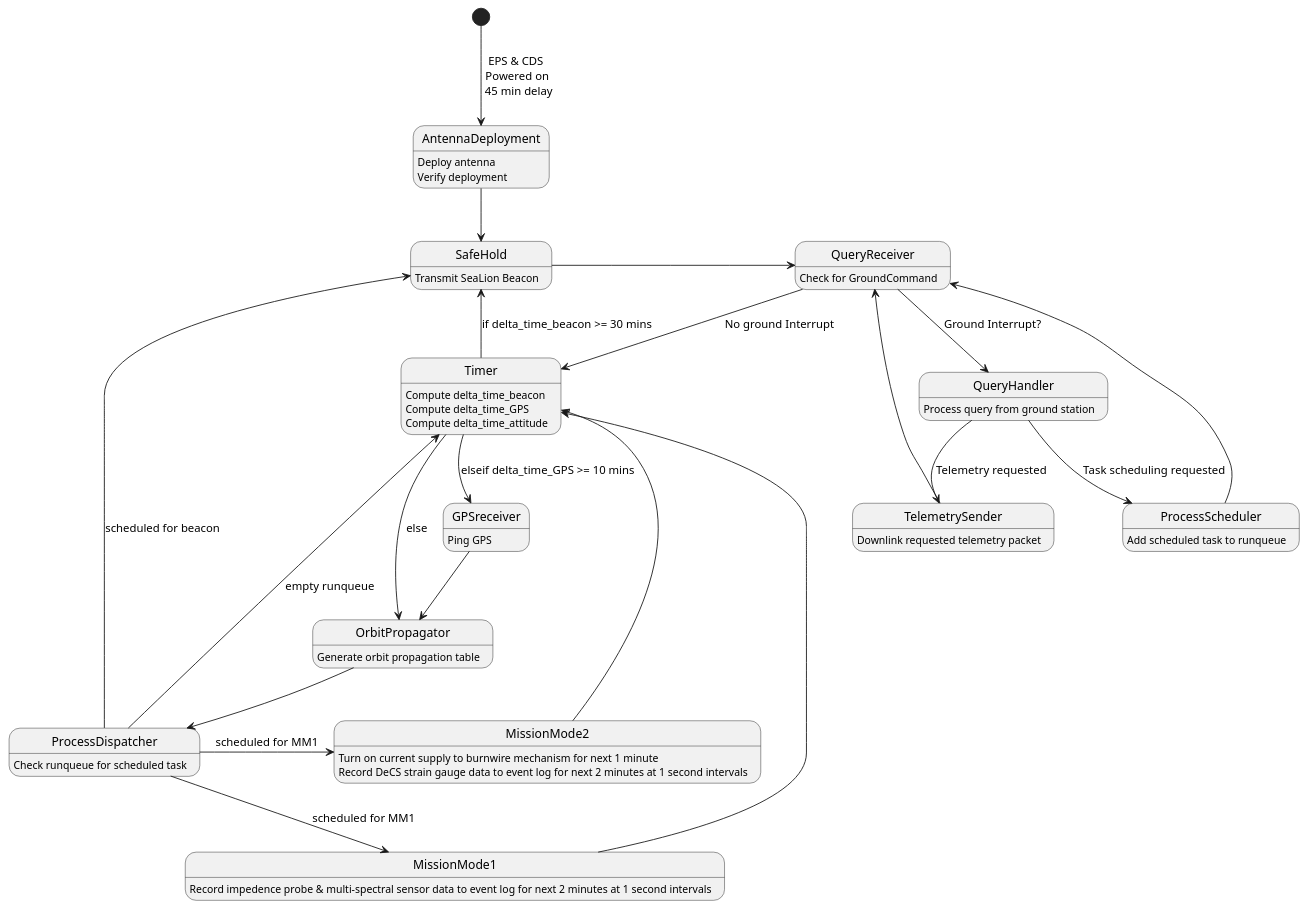
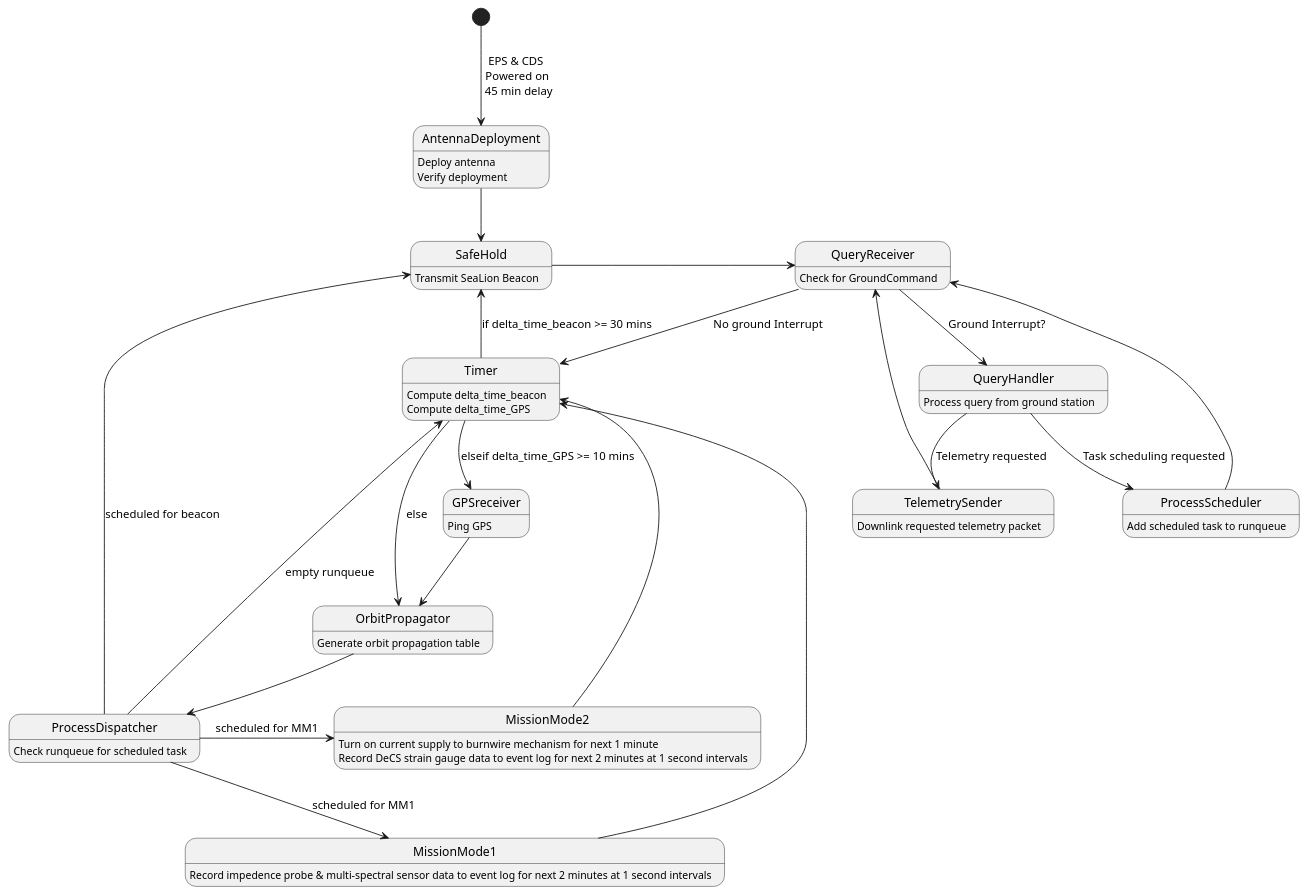
Before and after one commit to ODU-CGA-CubeSat/FSW: the diagram in fsw-architecture/operating-mode-as-fsm.puml, drawn with PlantUML.

Commit message:
remove delta_time_attitude from Timer

```diff
--- a/fsw-architecture/operating-mode-as-fsm.puml
+++ b/fsw-architecture/operating-mode-as-fsm.puml
@@ -1,52 +1,51 @@
 @startuml
 
 state AntennaDeployment
       AntennaDeployment : Deploy antenna
       AntennaDeployment : Verify deployment
 state SafeHold
       SafeHold : Transmit SeaLion Beacon
 state QueryReceiver
       QueryReceiver : Check for GroundCommand
 state TelemetrySender
       TelemetrySender : Downlink requested telemetry packet
 state Timer
       Timer : Compute delta_time_beacon
       Timer : Compute delta_time_GPS
-      Timer : Compute delta_time_attitude
 state MissionMode1
       MissionMode1 : Record impedence probe & multi-spectral sensor data to event log for next 2 minutes at 1 second intervals
 state MissionMode2
       MissionMode2 : Turn on current supply to burnwire mechanism for next 1 minute
       MissionMode2 : Record DeCS strain gauge data to event log for next 2 minutes at 1 second intervals
 state ProcessDispatcher
       ProcessDispatcher : Check runqueue for scheduled task
 state OrbitPropagator
       OrbitPropagator : Generate orbit propagation table
 state GPSreceiver
       GPSreceiver : Ping GPS
 state QueryHandler
       QueryHandler : Process query from ground station
 state ProcessScheduler
       ProcessScheduler : Add scheduled task to runqueue
 
 [*] --> AntennaDeployment : EPS & CDS \n Powered on \n 45 min delay
 AntennaDeployment --> SafeHold
 SafeHold -> QueryReceiver
 QueryReceiver --> QueryHandler : Ground Interrupt?
 QueryReceiver -> Timer : No ground Interrupt
 QueryHandler --> TelemetrySender : Telemetry requested
 QueryHandler --> ProcessScheduler : Task scheduling requested
 TelemetrySender --> QueryReceiver
 ProcessScheduler --> QueryReceiver
 MissionMode1 --> Timer
 MissionMode2 --> Timer
 GPSreceiver --> OrbitPropagator
 OrbitPropagator --> ProcessDispatcher
 Timer --> SafeHold : if delta_time_beacon >= 30 mins
 Timer --> GPSreceiver : elseif delta_time_GPS >= 10 mins
 Timer --> OrbitPropagator : else
 ProcessDispatcher --> SafeHold : scheduled for beacon
 ProcessDispatcher --> MissionMode1 : scheduled for MM1
 ProcessDispatcher -> MissionMode2 : scheduled for MM1
 ProcessDispatcher --> Timer : empty runqueue
 @enduml
```
